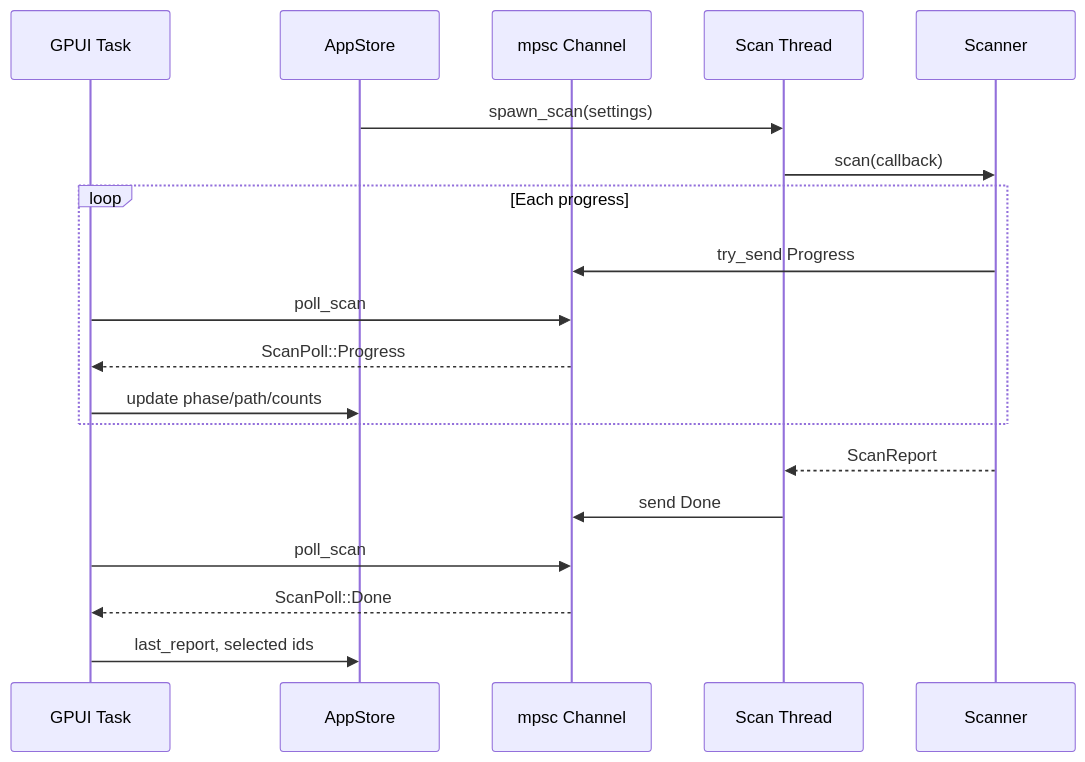
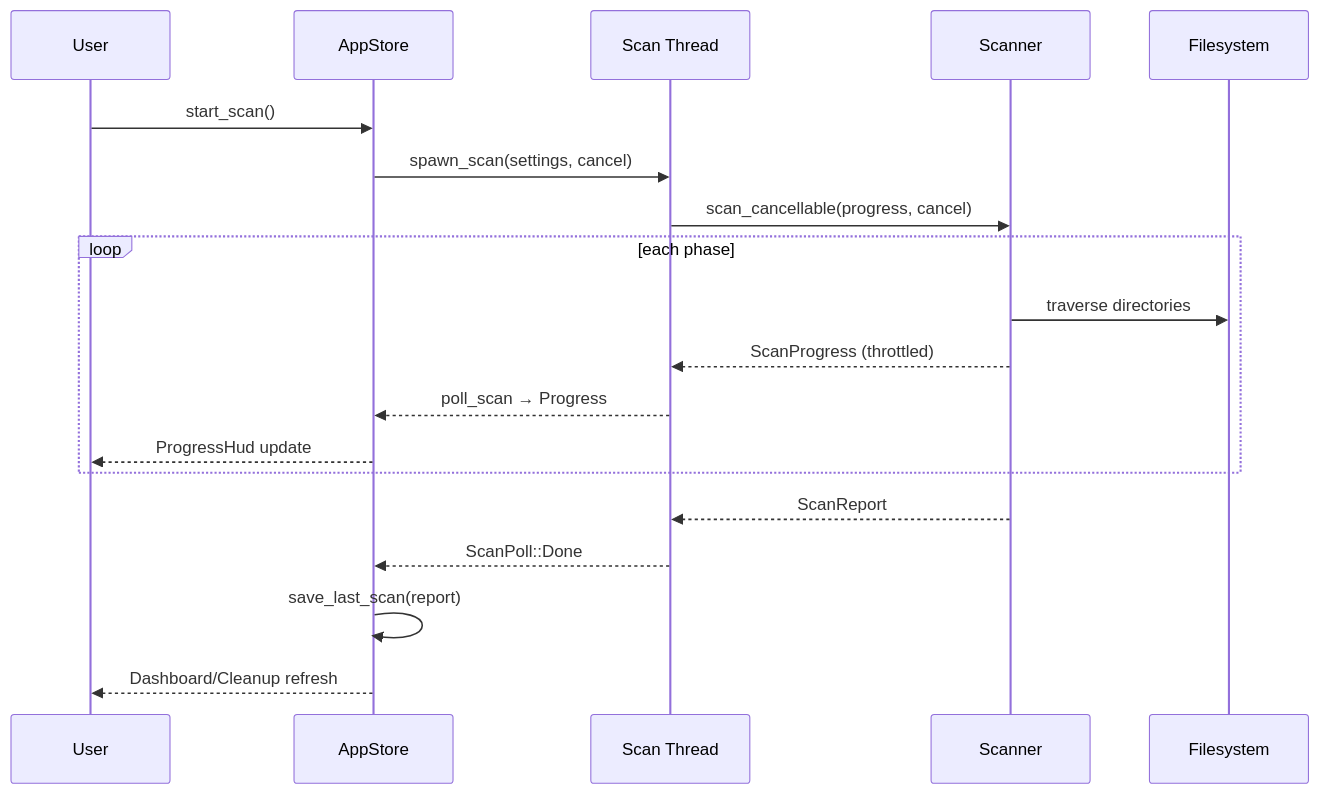
Before and after one commit to sopaco/CLV3000-Plus: the fifth of 7 diagrams in .terrain/human/3.Workflows.md, drawn with Mermaid. The commit also changed other lines of this file and 55 other files, not shown here.

````diff
--- a/.terrain/human/3.Workflows.md
+++ b/.terrain/human/3.Workflows.md
@@ -59,22 +111,24 @@
 ```mermaid
 sequenceDiagram
-    participant UI as GPUI Task
+    participant User
     participant Store as AppStore
-    participant Ch as mpsc Channel
     participant Worker as Scan Thread
-    participant Sc as Scanner
+    participant Scanner
+    participant FS as Filesystem
 
-    Store->>Worker: spawn_scan(settings)
-    Worker->>Sc: scan(callback)
-    loop Each progress
-        Sc->>Ch: try_send Progress
-        UI->>Ch: poll_scan
-        Ch-->>UI: ScanPoll::Progress
-        UI->>Store: update phase/path/counts
+    User->>Store: start_scan()
+    Store->>Worker: spawn_scan(settings, cancel)
+    Worker->>Scanner: scan_cancellable(progress, cancel)
+    
+    loop each phase
+        Scanner->>FS: traverse directories
+        Scanner-->>Worker: ScanProgress (throttled)
+        Worker-->>Store: poll_scan → Progress
+        Store-->>User: ProgressHud update
     end
-    Sc-->>Worker: ScanReport
-    Worker->>Ch: send Done
-    UI->>Ch: poll_scan
-    Ch-->>UI: ScanPoll::Done
-    UI->>Store: last_report, selected ids
+
+    Scanner-->>Worker: ScanReport
+    Worker-->>Store: ScanPoll::Done
+    Store->>Store: save_last_scan(report)
+    Store-->>User: Dashboard/Cleanup refresh
 ```
````
